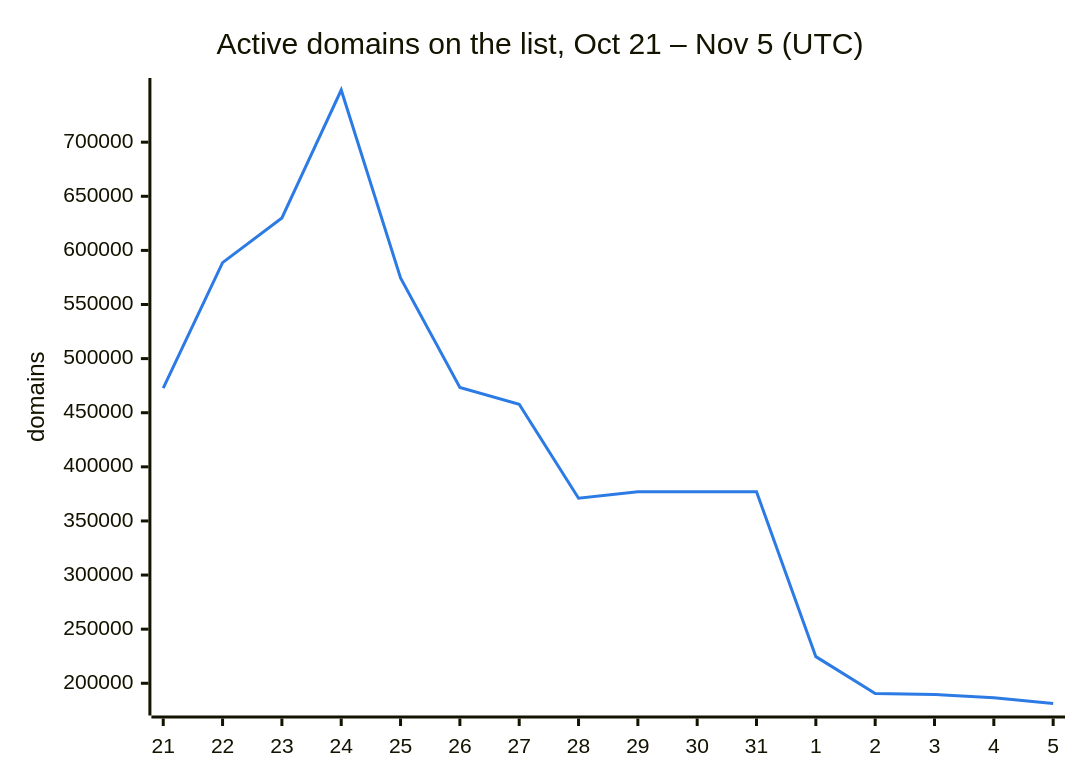
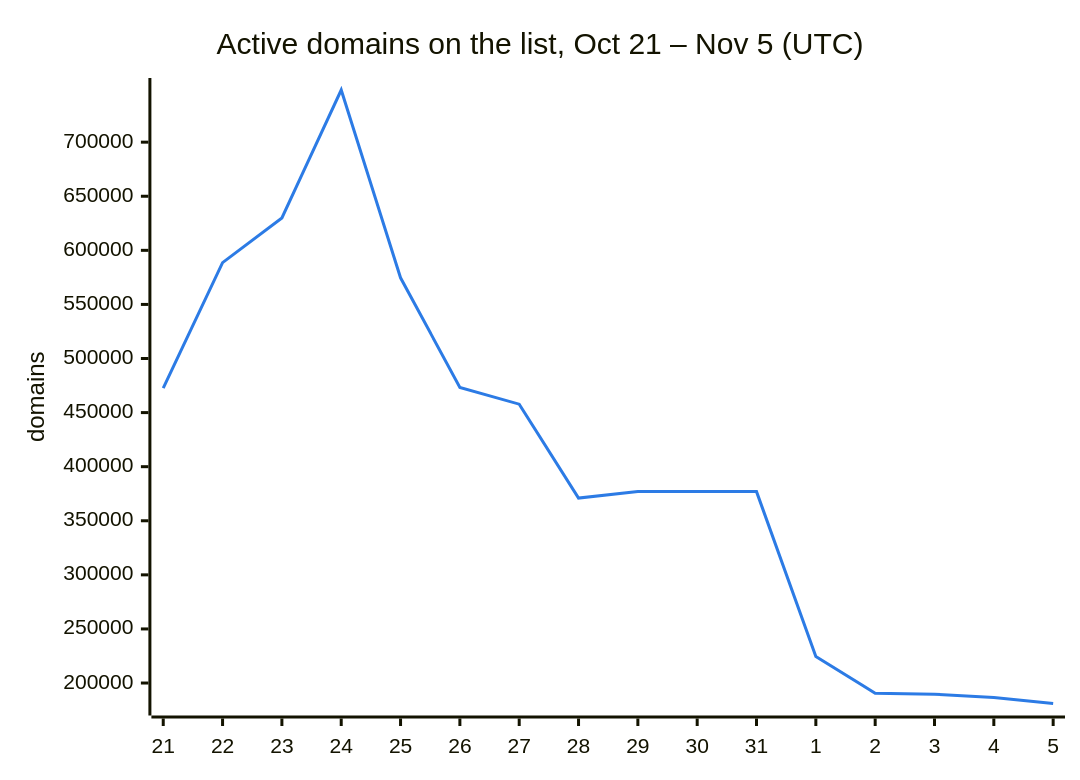
The second of 3 diagrams in README.md (DNSBunker/CTI), drawn with Mermaid before and after one commit. The commit also changed other lines of this file and 3 other files, not shown here.

````diff
--- a/README.md
+++ b/README.md
@@ -38,8 +38,8 @@
 ```mermaid
 %%{init: {"themeVariables": {"xyChart": {"plotColorPalette": "#2c7be5"}}}}%%
 xychart-beta
     title "Active domains on the list, Oct 21 – Nov 5 (UTC)"
     x-axis ["21", "22", "23", "24", "25", "26", "27", "28", "29", "30", "31", "1", "2", "3", "4", "5"]
     y-axis "domains"
-    line [472713, 588659, 629951, 748222, 574614, 473331, 457795, 371010, 376945, 376945, 376945, 224607, 190603, 189609, 186630, 181311]
+    line [472713, 588659, 629951, 748222, 574614, 473331, 457795, 371010, 376945, 376945, 376945, 224607, 190603, 189609, 186630, 181076]
 ```
````
